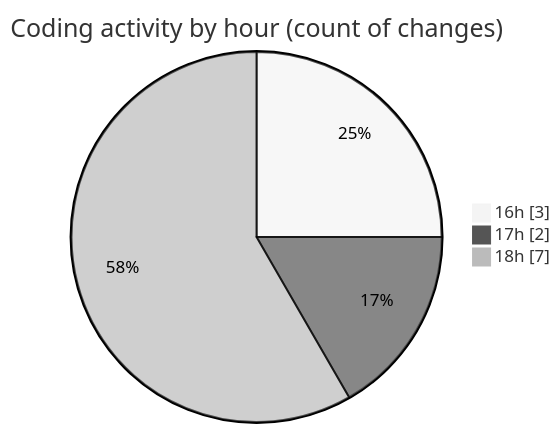
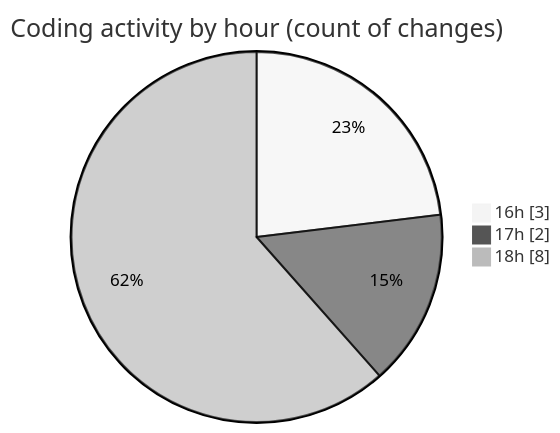
One commit to NitaiMahat/code-tracking changed the second of 2 diagrams in 2025-03-25/startfiles/README.md. Above: the diagram before and after it, drawn with Mermaid (neutral theme). The commit also changed other lines of this file and 1 other file, not shown here.

````diff
--- a/2025-03-25/startfiles/README.md
+++ b/2025-03-25/startfiles/README.md
@@ -29,7 +29,7 @@
 ```mermaid
 pie showData
 title Coding activity by hour (count of changes)
 "16h" : 3
 "17h" : 2
-"18h" : 7
+"18h" : 8
 ```
````
